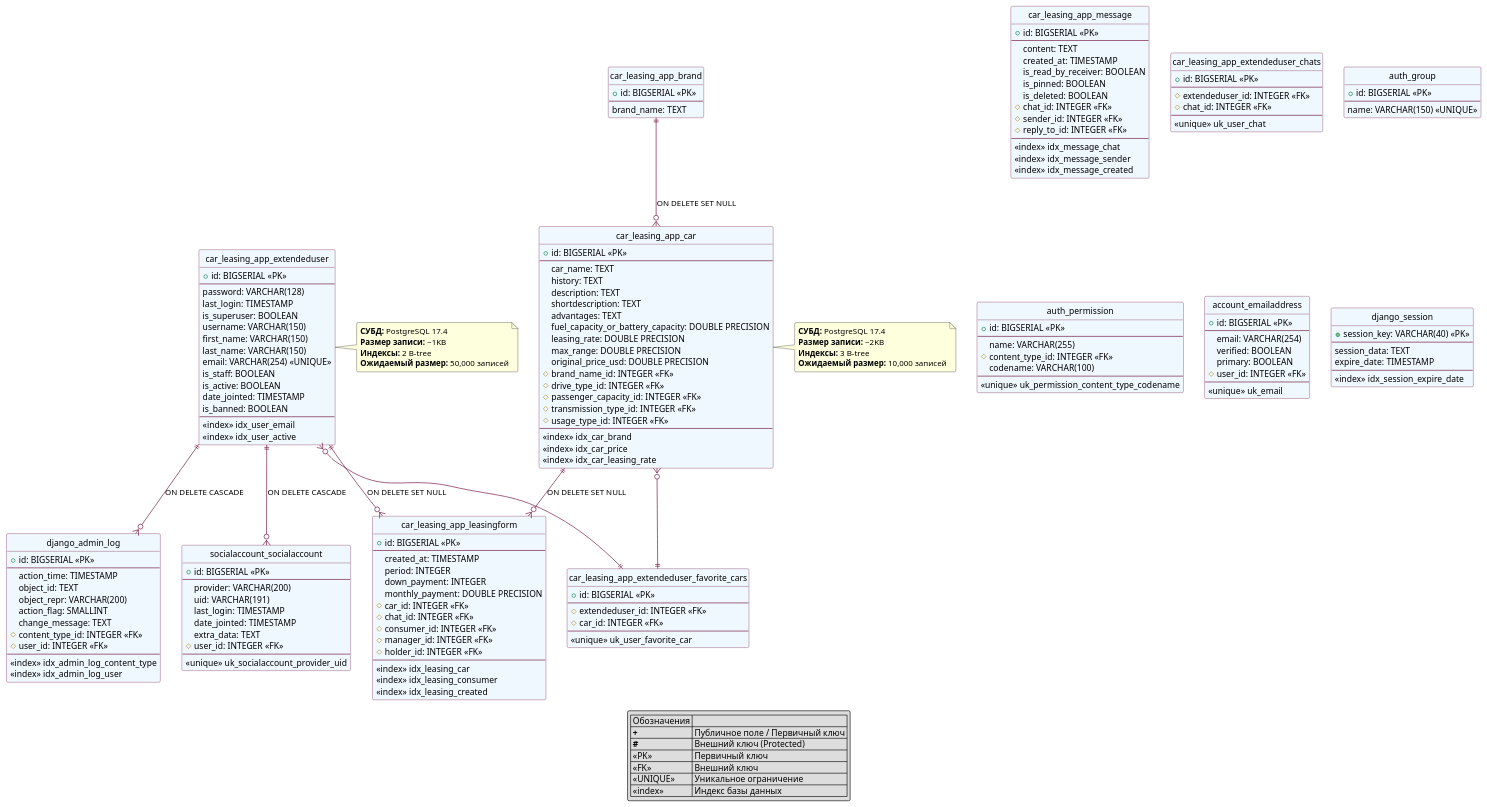
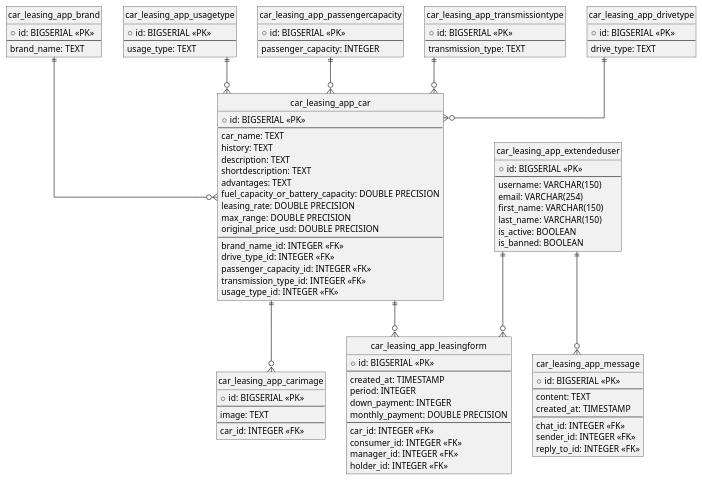
One commit to martim-x/Tools-Technologies4Analysis-DevelopmentOfInformationSystems changed the diagram in lab5/physic.puml. Above: the diagram before and after it, drawn with PlantUML. The commit also changed 4 other files, not shown here.

```diff
--- a/lab5/physic.puml
+++ b/lab5/physic.puml
@@ -1,20 +1,43 @@
-@startuml Physical_Schema_Car_Leasing_Full
-skinparam roundcorner 5
-skinparam monochrome false
+@startuml Physical_Schema_Car_Leasing_Clean
+skinparam monochrome true
 skinparam shadowing false
-skinparam arrowColor #660033
-skinparam classBackgroundColor #F0F8FF
-skinparam classBorderColor #660033
-skinparam classArrowColor #660033
+skinparam roundcorner 0
+skinparam linetype ortho
+skinparam arrowThickness 1
 
 hide circle
 hide empty members
 
-' === CORE APPLICATION TABLES ===
+' === PHYSICAL TABLES (CLEAN VERSION) ===
+
 class car_leasing_app_brand {
   + id: BIGSERIAL <<PK>>
   --
   brand_name: TEXT
+}
+
+class car_leasing_app_usagetype {
+  + id: BIGSERIAL <<PK>>
+  --
+  usage_type: TEXT
+}
+
+class car_leasing_app_passengercapacity {
+  + id: BIGSERIAL <<PK>>
+  --
+  passenger_capacity: INTEGER
+}
+
+class car_leasing_app_transmissiontype {
+  + id: BIGSERIAL <<PK>>
+  --
+  transmission_type: TEXT
+}
+
+class car_leasing_app_drivetype {
+  + id: BIGSERIAL <<PK>>
+  --
+  drive_type: TEXT
 }
 
 class car_leasing_app_car {
@@ -29,34 +52,42 @@
   leasing_rate: DOUBLE PRECISION
   max_range: DOUBLE PRECISION
   original_price_usd: DOUBLE PRECISION
-  # brand_name_id: INTEGER <<FK>>
-  # drive_type_id: INTEGER <<FK>>
-  # passenger_capacity_id: INTEGER <<FK>>
-  # transmission_type_id: INTEGER <<FK>>
-  # usage_type_id: INTEGER <<FK>>
   --
-  <<index>> idx_car_brand
-  <<index>> idx_car_price
-  <<index>> idx_car_leasing_rate
+  brand_name_id: INTEGER <<FK>>
+  drive_type_id: INTEGER <<FK>>
+  passenger_capacity_id: INTEGER <<FK>>
+  transmission_type_id: INTEGER <<FK>>
+  usage_type_id: INTEGER <<FK>>
+}
+
+class car_leasing_app_carimage {
+  + id: BIGSERIAL <<PK>>
+  --
+  image: TEXT
+  --
+  car_id: INTEGER <<FK>>
 }
 
 class car_leasing_app_extendeduser {
   + id: BIGSERIAL <<PK>>
   --
-  password: VARCHAR(128)
-  last_login: TIMESTAMP
-  is_superuser: BOOLEAN
   username: VARCHAR(150)
+  email: VARCHAR(254)
   first_name: VARCHAR(150)
   last_name: VARCHAR(150)
-  email: VARCHAR(254) <<UNIQUE>>
-  is_staff: BOOLEAN
   is_active: BOOLEAN
-  date_jointed: TIMESTAMP
   is_banned: BOOLEAN
+}
+
+class car_leasing_app_message {
+  + id: BIGSERIAL <<PK>>
   --
-  <<index>> idx_user_email
-  <<index>> idx_user_active
+  content: TEXT
+  created_at: TIMESTAMP
+  --
+  chat_id: INTEGER <<FK>>
+  sender_id: INTEGER <<FK>>
+  reply_to_id: INTEGER <<FK>>
 }
 
 class car_leasing_app_leasingform {
@@ -66,153 +97,24 @@
   period: INTEGER
   down_payment: INTEGER
   monthly_payment: DOUBLE PRECISION
-  # car_id: INTEGER <<FK>>
-  # chat_id: INTEGER <<FK>>
-  # consumer_id: INTEGER <<FK>>
-  # manager_id: INTEGER <<FK>>
-  # holder_id: INTEGER <<FK>>
   --
-  <<index>> idx_leasing_car
-  <<index>> idx_leasing_consumer
-  <<index>> idx_leasing_created
+  car_id: INTEGER <<FK>>
+  consumer_id: INTEGER <<FK>>
+  manager_id: INTEGER <<FK>>
+  holder_id: INTEGER <<FK>>
 }
 
-class car_leasing_app_message {
-  + id: BIGSERIAL <<PK>>
-  --
-  content: TEXT
-  created_at: TIMESTAMP
-  is_read_by_receiver: BOOLEAN
-  is_pinned: BOOLEAN
-  is_deleted: BOOLEAN
-  # chat_id: INTEGER <<FK>>
-  # sender_id: INTEGER <<FK>>
-  # reply_to_id: INTEGER <<FK>>
-  --
-  <<index>> idx_message_chat
-  <<index>> idx_message_sender
-  <<index>> idx_message_created
-}
+' === RELATIONSHIPS ===
+car_leasing_app_brand ||--o{ car_leasing_app_car
+car_leasing_app_usagetype ||--o{ car_leasing_app_car
+car_leasing_app_passengercapacity ||--o{ car_leasing_app_car
+car_leasing_app_transmissiontype ||--o{ car_leasing_app_car
+car_leasing_app_drivetype ||--o{ car_leasing_app_car
 
-' === M2M TABLES ===
-class car_leasing_app_extendeduser_favorite_cars {
-  + id: BIGSERIAL <<PK>>
-  --
-  # extendeduser_id: INTEGER <<FK>>
-  # car_id: INTEGER <<FK>>
-  --
-  <<unique>> uk_user_favorite_car
-}
+car_leasing_app_car ||--o{ car_leasing_app_carimage
+car_leasing_app_car ||--o{ car_leasing_app_leasingform
 
-class car_leasing_app_extendeduser_chats {
-  + id: BIGSERIAL <<PK>>
-  --
-  # extendeduser_id: INTEGER <<FK>>
-  # chat_id: INTEGER <<FK>>
-  --
-  <<unique>> uk_user_chat
-}
-
-' === DJANGO AUTH TABLES ===
-class auth_group {
-  + id: BIGSERIAL <<PK>>
-  --
-  name: VARCHAR(150) <<UNIQUE>>
-}
-
-class auth_permission {
-  + id: BIGSERIAL <<PK>>
-  --
-  name: VARCHAR(255)
-  # content_type_id: INTEGER <<FK>>
-  codename: VARCHAR(100)
-  --
-  <<unique>> uk_permission_content_type_codename
-}
-
-' === DJANGO ACCOUNT TABLES ===
-class account_emailaddress {
-  + id: BIGSERIAL <<PK>>
-  --
-  email: VARCHAR(254)
-  verified: BOOLEAN
-  primary: BOOLEAN
-  # user_id: INTEGER <<FK>>
-  --
-  <<unique>> uk_email
-}
-
-' === DJANGO SYSTEM TABLES ===
-class django_admin_log {
-  + id: BIGSERIAL <<PK>>
-  --
-  action_time: TIMESTAMP
-  object_id: TEXT
-  object_repr: VARCHAR(200)
-  action_flag: SMALLINT
-  change_message: TEXT
-  # content_type_id: INTEGER <<FK>>
-  # user_id: INTEGER <<FK>>
-  --
-  <<index>> idx_admin_log_content_type
-  <<index>> idx_admin_log_user
-}
-
-class django_session {
-  + session_key: VARCHAR(40) <<PK>>
-  --
-  session_data: TEXT
-  expire_date: TIMESTAMP
-  --
-  <<index>> idx_session_expire_date
-}
-
-' === SOCIAL AUTH TABLES ===
-class socialaccount_socialaccount {
-  + id: BIGSERIAL <<PK>>
-  --
-  provider: VARCHAR(200)
-  uid: VARCHAR(191)
-  last_login: TIMESTAMP
-  date_jointed: TIMESTAMP
-  extra_data: TEXT
-  # user_id: INTEGER <<FK>>
-  --
-  <<unique>> uk_socialaccount_provider_uid
-}
-
-' === KEY RELATIONSHIPS ===
-car_leasing_app_brand ||--o{ car_leasing_app_car : "ON DELETE SET NULL"
-car_leasing_app_car ||--o{ car_leasing_app_leasingform : "ON DELETE SET NULL"
-car_leasing_app_extendeduser ||--o{ car_leasing_app_leasingform : "ON DELETE SET NULL"
-car_leasing_app_extendeduser ||--o{ django_admin_log : "ON DELETE CASCADE"
-car_leasing_app_extendeduser ||--o{ socialaccount_socialaccount : "ON DELETE CASCADE"
-
-car_leasing_app_extendeduser }o--|| car_leasing_app_extendeduser_favorite_cars
-car_leasing_app_car }o--|| car_leasing_app_extendeduser_favorite_cars
-
-note right of car_leasing_app_car
-  <b>СУБД:</b> PostgreSQL 17.4
-  <b>Размер записи:</b> ~2KB
-  <b>Индексы:</b> 3 B-tree
-  <b>Ожидаемый размер:</b> 10,000 записей
-end note
-
-note right of car_leasing_app_extendeduser
-  <b>СУБД:</b> PostgreSQL 17.4
-  <b>Размер записи:</b> ~1KB
-  <b>Индексы:</b> 2 B-tree
-  <b>Ожидаемый размер:</b> 50,000 записей
-end note
-
-legend bottom
-  | Обозначения | |
-  | **+** | Публичное поле / Первичный ключ |
-  | **#** | Внешний ключ (Protected) |
-  | <<PK>> | Первичный ключ |
-  | <<FK>> | Внешний ключ |
-  | <<UNIQUE>> | Уникальное ограничение |
-  | <<index>> | Индекс базы данных |
-end legend
+car_leasing_app_extendeduser ||--o{ car_leasing_app_message
+car_leasing_app_extendeduser ||--o{ car_leasing_app_leasingform
 
 @enduml
```
